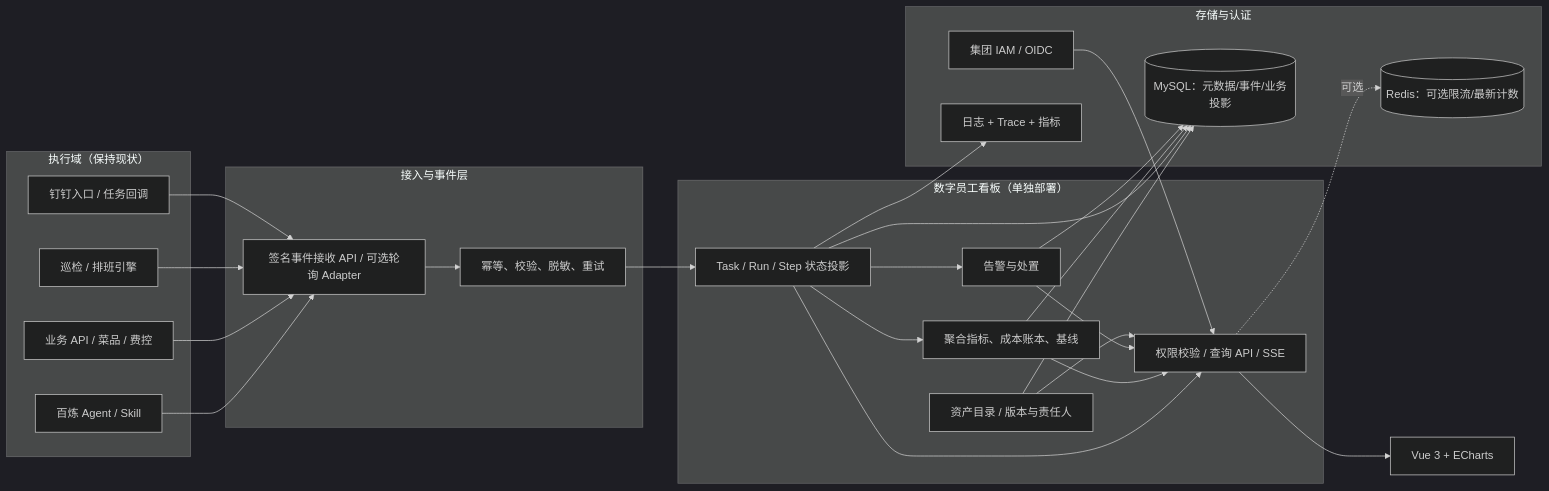
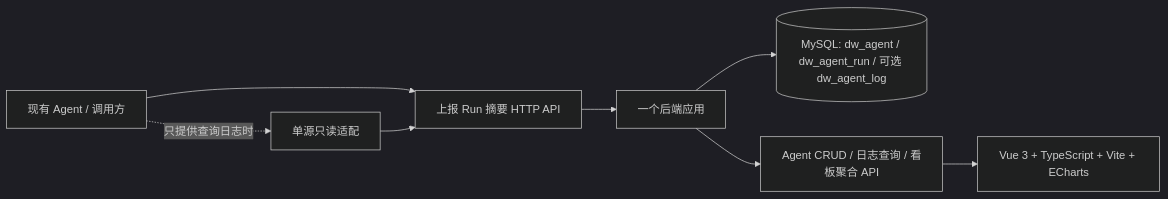
Before and after one commit to jackson-heylion/digital-workforce-dashboard: the diagram in docs/03-architecture.md, drawn with Mermaid (dark theme). The commit also changed other lines of this file, not shown here.

Commit message:
docs(mvp): replace complex business platform spec with Agent log dashboard

````diff
--- a/docs/03-architecture.md
+++ b/docs/03-architecture.md
@@ -13,37 +7,10 @@
 ```mermaid
 flowchart LR
-  subgraph X["执行域（保持现状）"]
-    A["百炼 Agent / Skill"]
-    B["业务 API / 菜品 / 费控"]
-    C["巡检 / 排班引擎"]
-    D["钉钉入口 / 任务回调"]
-  end
-  subgraph I["接入与事件层"]
-    G["签名事件接收 API / 可选轮询 Adapter"]
-    Q["幂等、校验、脱敏、重试"]
-  end
-  subgraph P["数字员工看板（单独部署）"]
-    R["资产目录 / 版本与责任人"]
-    T["Task / Run / Step 状态投影"]
-    M["聚合指标、成本账本、基线"]
-    L["告警与处置"]
-    API["权限校验 / 查询 API / SSE"]
-  end
-  subgraph S["存储与认证"]
-    DB[("MySQL：元数据/事件/业务投影")]
-    Cache[("Redis：可选限流/最新计数")]
-    IAM["集团 IAM / OIDC"]
-    OBS["日志 + Trace + 指标"]
-  end
-  WEB["Vue 3 + ECharts"]
-  A & B & C & D --> G --> Q --> T
-  R --> DB
-  T --> DB
-  T --> M
-  T --> L
-  M & L --> DB
-  IAM --> API
-  T & M & L & R --> API --> WEB
-  T --> OBS
-  API -. "可选" .-> Cache
+ A["现有 Agent / 调用方"] --> B["上报 Run 摘要 HTTP API"]
+ B --> C["一个后端应用"]
+ C --> DB[("MySQL: dw_agent / dw_agent_run / 可选 dw_agent_log")]
+ C --> Q["Agent CRUD / 日志查询 / 看板聚合 API"]
+ Q --> UI["Vue 3 + TypeScript + Vite + ECharts"]
+ A -. "只提供查询日志时" .-> P["单源只读适配"]
+ P --> B
 ```
````
